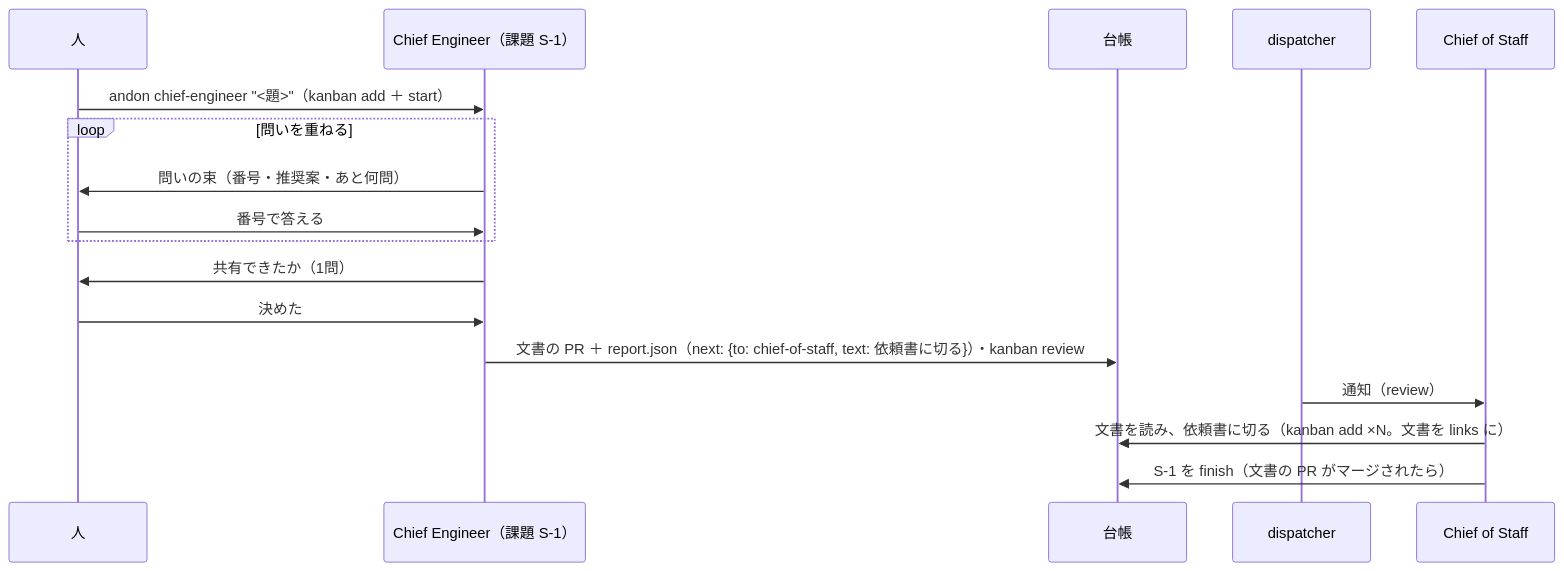
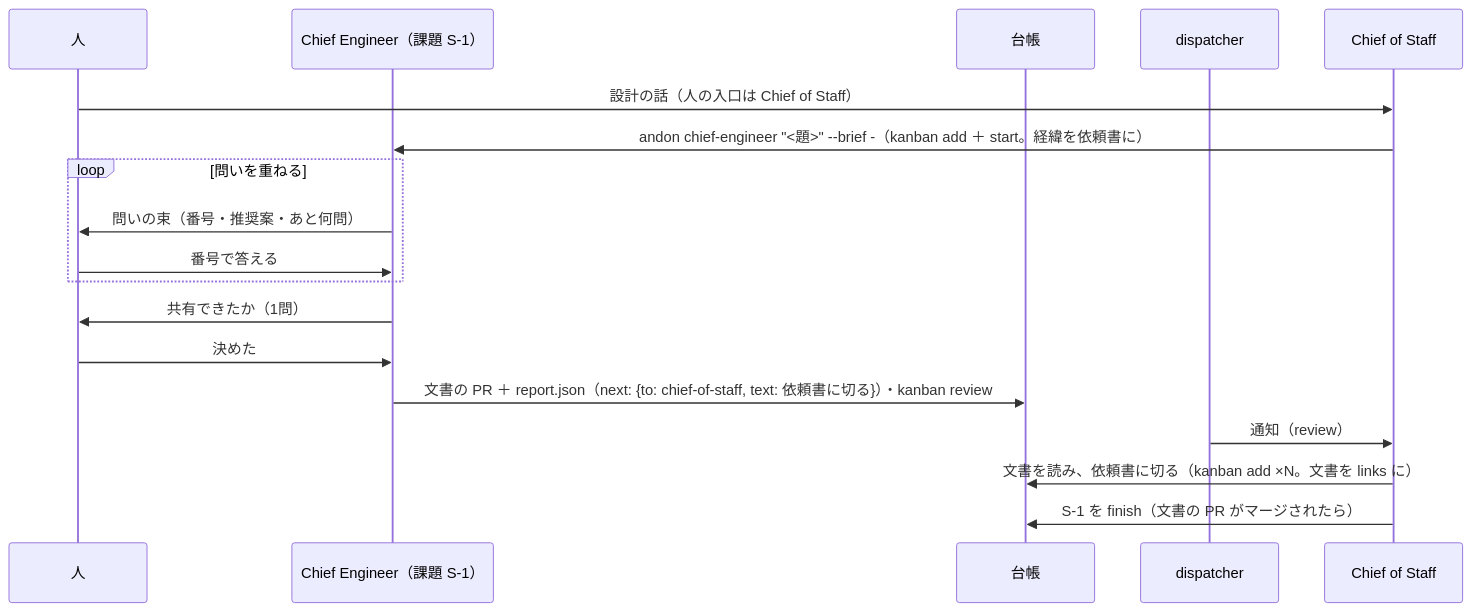
The third of 3 diagrams in docs/design.md (mitaku/andon), drawn with Mermaid before and after one commit. The commit also changed other lines of this file, not shown here.

Commit message:
design.md §1.4・§1.8 を人の入口は Chief of Staff に（ADR-0009 決めたこと 11。A-0017）

````diff
--- a/docs/design.md
+++ b/docs/design.md
@@ -271,19 +271,20 @@
 ```mermaid
 sequenceDiagram
   participant H as 人
   participant CE as Chief Engineer（課題 S-1）
   participant L as 台帳
   participant K as dispatcher
   participant C as Chief of Staff
-  H->>CE: andon chief-engineer "<題>"（kanban add ＋ start）
+  H->>C: 設計の話（人の入口は Chief of Staff）
+  C->>CE: andon chief-engineer "<題>" --brief -（kanban add ＋ start。経緯を依頼書に）
   loop 問いを重ねる
     CE->>H: 問いの束（番号・推奨案・あと何問）
     H->>CE: 番号で答える
   end
   CE->>H: 共有できたか（1問）
   H->>CE: 決めた
   CE->>L: 文書の PR ＋ report.json（next: {to: chief-of-staff, text: 依頼書に切る}）・kanban review
   K->>C: 通知（review）
   C->>L: 文書を読み、依頼書に切る（kanban add ×N。文書を links に）
   C->>L: S-1 を finish（文書の PR がマージされたら）
 ```
````
